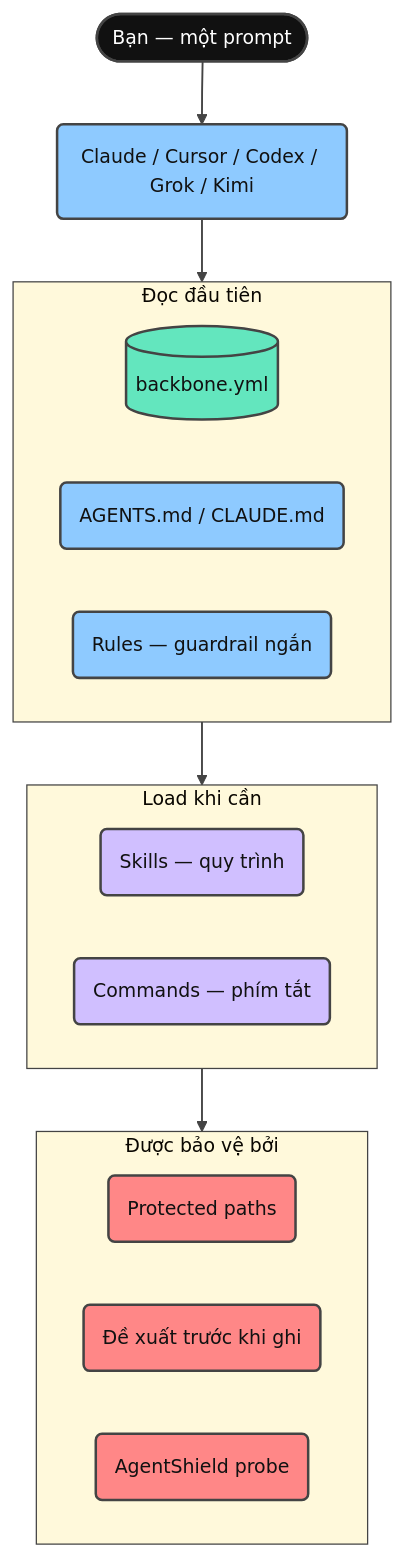
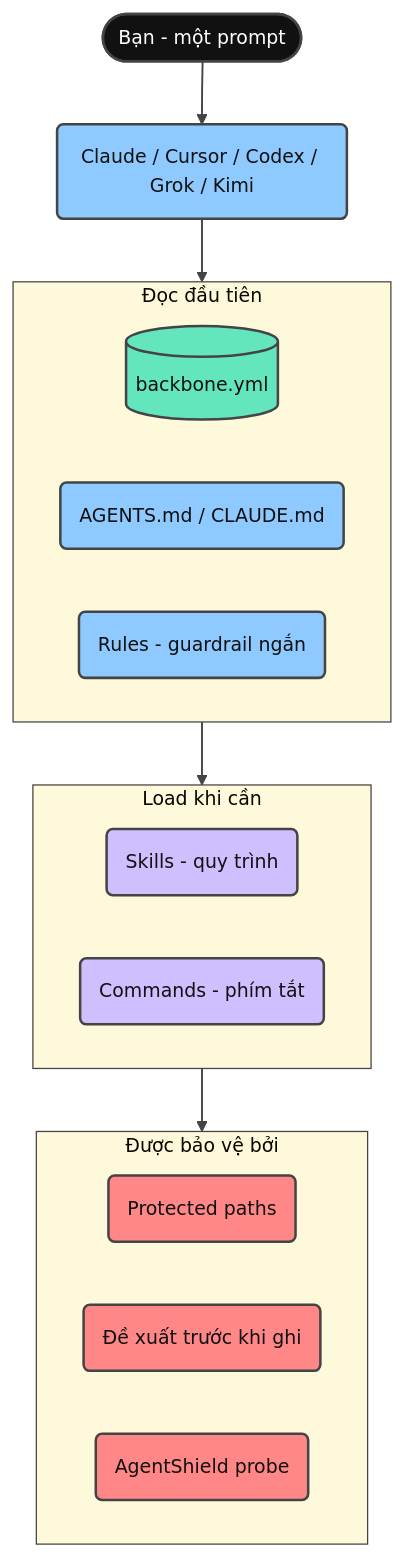
The second of 8 diagrams in docs/README.vi.md (giang6283623/minimal-vibe-coding-kit), drawn with Mermaid before and after one commit. The commit also changed other lines of this file and 579 other files, not shown here.

Commit message:
update kimi and enhance some rules kills

````diff
--- a/docs/README.vi.md
+++ b/docs/README.vi.md
@@ -159,51 +159,51 @@
 ```mermaid
 ---
 config:
   theme: base
   themeVariables:
     fontFamily: cascadia mono, consolas, noto sans mono, menlo, monospace
     fontSize: 15px
     lineColor: "#444444"
     textColor: "#111111"
     edgeLabelBackground: "#FFFFFF"
     clusterBkg: "#FFF9DB"
     clusterBorder: "#444444"
 ---
 flowchart TD
-    You([Bạn — một prompt]) --> Agent("Claude / Cursor / Codex / Grok / Kimi")
+    You([Bạn - một prompt]) --> Agent("Claude / Cursor / Codex / Grok / Kimi")
 
     subgraph First["Đọc đầu tiên"]
         Backbone[("backbone.yml")]
         Docs("AGENTS.md / CLAUDE.md")
-        Rules("Rules — guardrail ngắn")
+        Rules("Rules - guardrail ngắn")
     end
 
     subgraph Demand["Load khi cần"]
-        Skills("Skills — quy trình")
-        Commands("Commands — phím tắt")
+        Skills("Skills - quy trình")
+        Commands("Commands - phím tắt")
     end
 
     subgraph Guard["Được bảo vệ bởi"]
         Protected("Protected paths")
         Propose("Đề xuất trước khi ghi")
         Shield("AgentShield probe")
     end
 
     Agent --> First
     First --> Demand
     Demand --> Guard
 
     classDef terminal fill:#111111,stroke:#444444,stroke-width:2px,color:#FFFFFF
     classDef step fill:#8ECAFF,stroke:#444444,stroke-width:2px,color:#111111
     classDef data fill:#63E6BE,stroke:#444444,stroke-width:2px,color:#111111
     classDef accent fill:#D0BFFF,stroke:#444444,stroke-width:2px,color:#111111
     classDef danger fill:#FF8787,stroke:#444444,stroke-width:2px,color:#111111
     linkStyle default stroke:#444444,stroke-width:1.5px
 
     class You terminal
     class Agent step
     class Backbone data
     class Docs,Rules step
     class Skills,Commands accent
     class Protected,Propose,Shield danger
 ```
````
